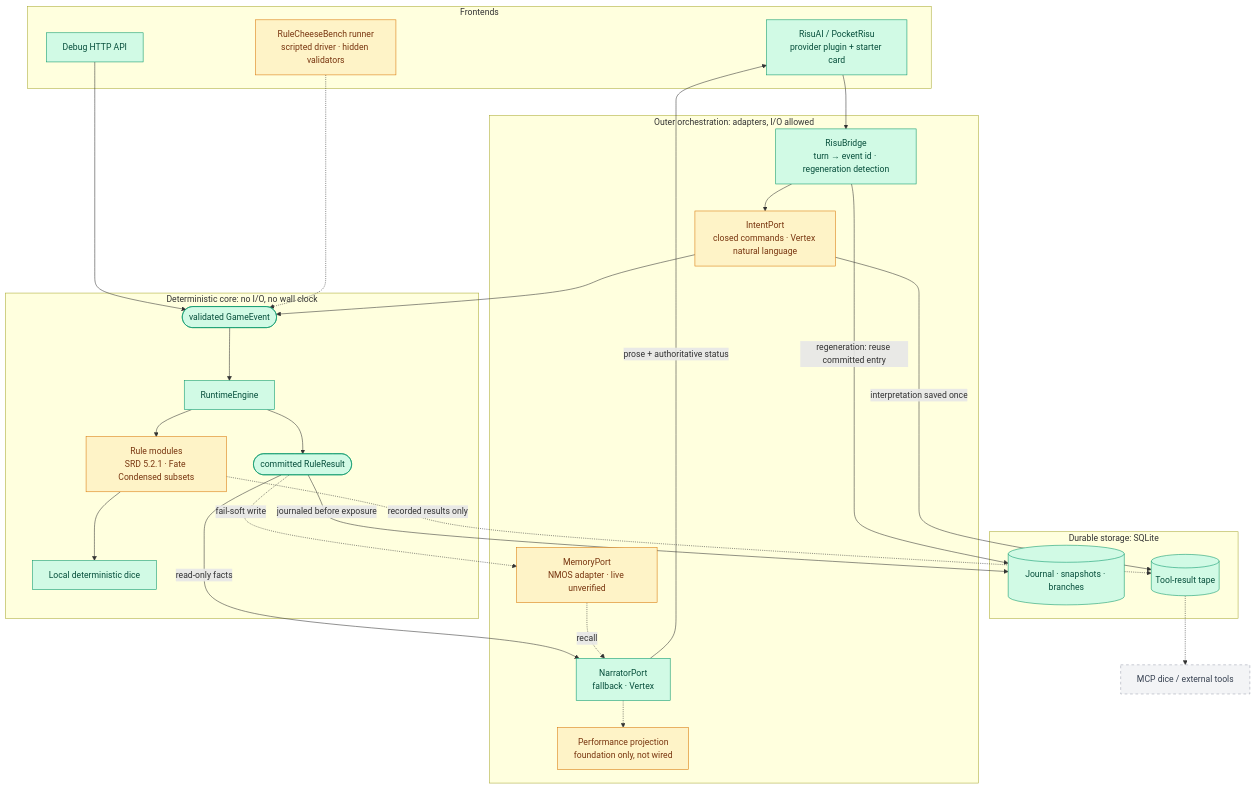
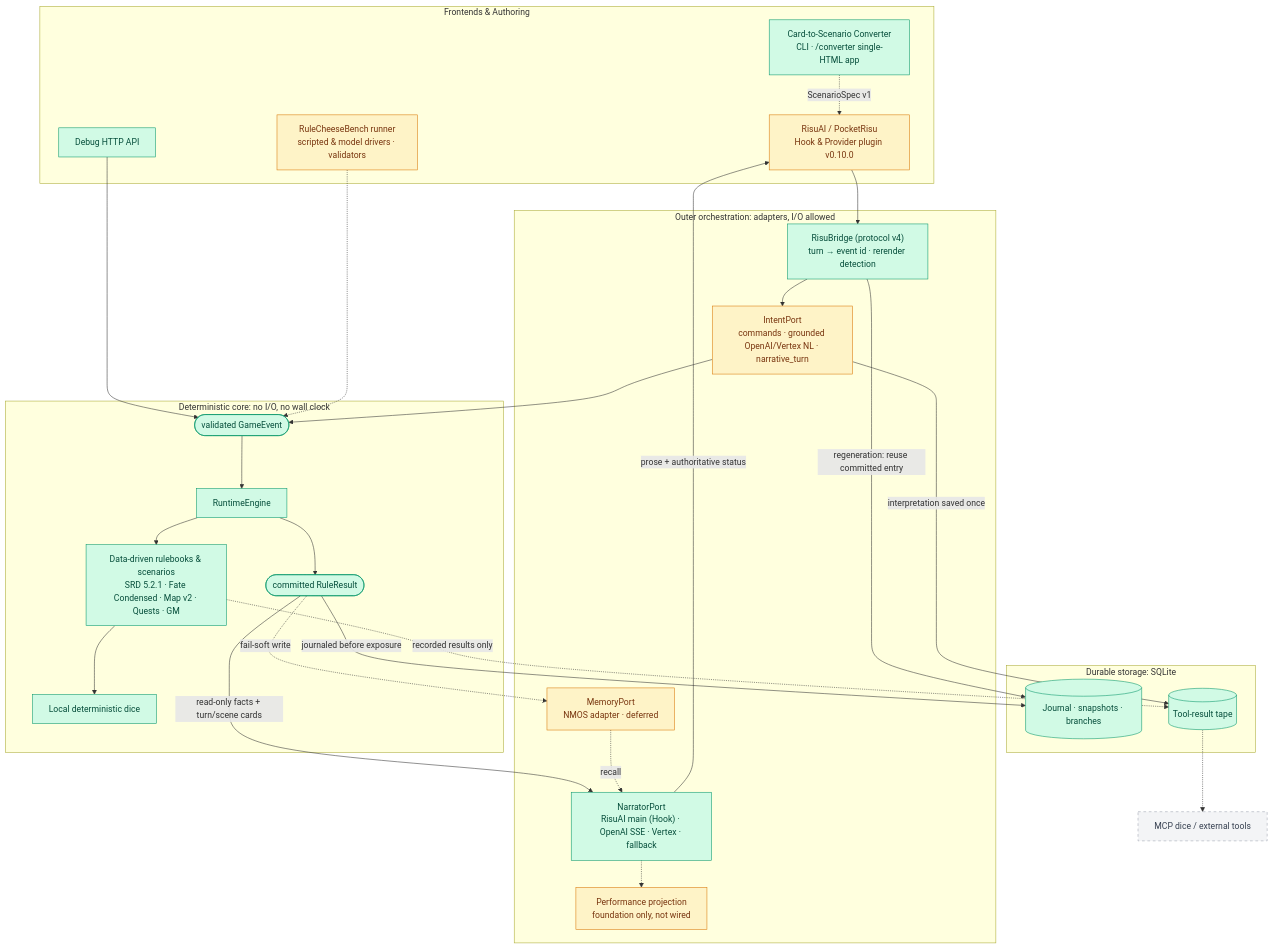
The first of 2 diagrams in README.md (Sallos725/SAGA), drawn with Mermaid before and after one commit. The commit also changed other lines of this file and 15 other files, not shown here.

````diff
--- a/README.md
+++ b/README.md
@@ -33,51 +40,53 @@
 ```mermaid
 flowchart TD
-    subgraph FE["Frontends"]
-        risu["RisuAI / PocketRisu<br/>provider plugin + starter card"]:::done
+    subgraph FE["Frontends & Authoring"]
+        risu["RisuAI / PocketRisu<br/>Hook & Provider plugin v0.10.0"]:::partial
+        conv["Card-to-Scenario Converter<br/>CLI · /converter single-HTML app"]:::done
         http["Debug HTTP API"]:::done
-        bench["RuleCheeseBench runner<br/>scripted driver · hidden validators"]:::partial
+        bench["RuleCheeseBench runner<br/>scripted & model drivers · validators"]:::partial
     end
 
     subgraph OUT["Outer orchestration: adapters, I/O allowed"]
-        bridge["RisuBridge<br/>turn → event id · regeneration detection"]:::done
-        intent["IntentPort<br/>closed commands · Vertex natural language"]:::partial
-        narr["NarratorPort<br/>fallback · Vertex"]:::done
-        mem["MemoryPort<br/>NMOS adapter · live unverified"]:::partial
+        bridge["RisuBridge (protocol v4)<br/>turn → event id · rerender detection"]:::done
+        intent["IntentPort<br/>commands · grounded OpenAI/Vertex NL · narrative_turn"]:::partial
+        narr["NarratorPort<br/>RisuAI main (Hook) · OpenAI SSE · Vertex · fallback"]:::done
+        mem["MemoryPort<br/>NMOS adapter · deferred"]:::partial
         perf["Performance projection<br/>foundation only, not wired"]:::partial
     end
 
     subgraph CORE["Deterministic core: no I/O, no wall clock"]
         event(["validated GameEvent"]):::done
         engine["RuntimeEngine"]:::done
-        rules["Rule modules<br/>SRD 5.2.1 · Fate Condensed subsets"]:::partial
+        rules["Data-driven rulebooks & scenarios<br/>SRD 5.2.1 · Fate Condensed · Map v2 · Quests · GM"]:::done
         dice["Local deterministic dice"]:::done
         result(["committed RuleResult"]):::done
     end
 
     subgraph STORE["Durable storage: SQLite"]
         journal[("Journal · snapshots · branches")]:::done
         tape[("Tool-result tape")]:::done
     end
 
     mcp["MCP dice / external tools"]:::planned
 
+    conv -. "ScenarioSpec v1" .-> risu
     risu --> bridge --> intent --> event
     http --> event
     bench -.-> event
     event --> engine --> rules --> dice
     engine --> result
     result -- "journaled before exposure" --> journal
     intent -- "interpretation saved once" --> tape
     rules -. "recorded results only" .-> tape
     tape -.-> mcp
     bridge -- "regeneration: reuse committed entry" --> journal
-    result -- "read-only facts" --> narr
+    result -- "read-only facts + turn/scene cards" --> narr
     narr -- "prose + authoritative status" --> risu
     result -. "fail-soft write" .-> mem
     mem -. "recall" .-> narr
     narr -.-> perf
 
     classDef done fill:#d1fae5,stroke:#059669,color:#064e3b
     classDef partial fill:#fef3c7,stroke:#d97706,color:#78350f
     classDef planned fill:#f3f4f6,stroke:#9ca3af,color:#374151,stroke-dasharray: 5 5
 ```
````
